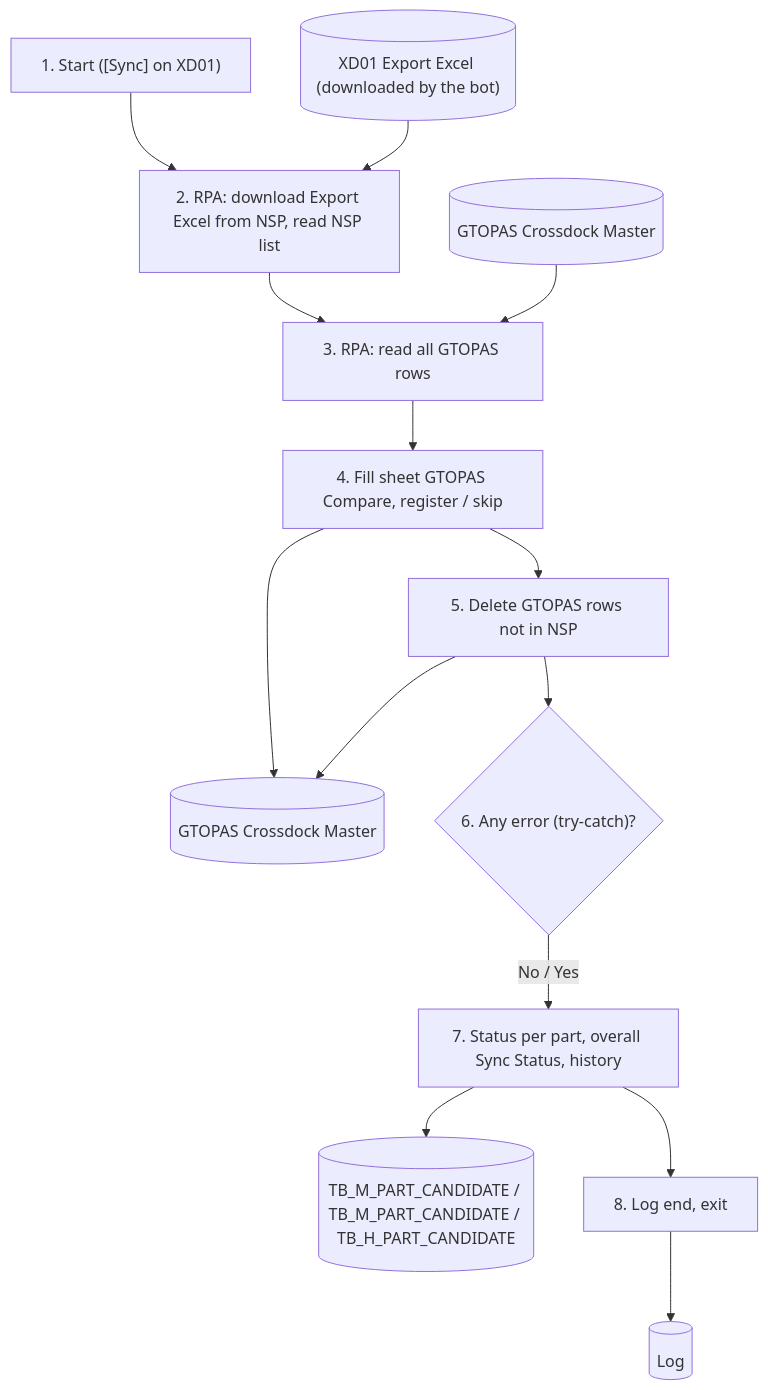
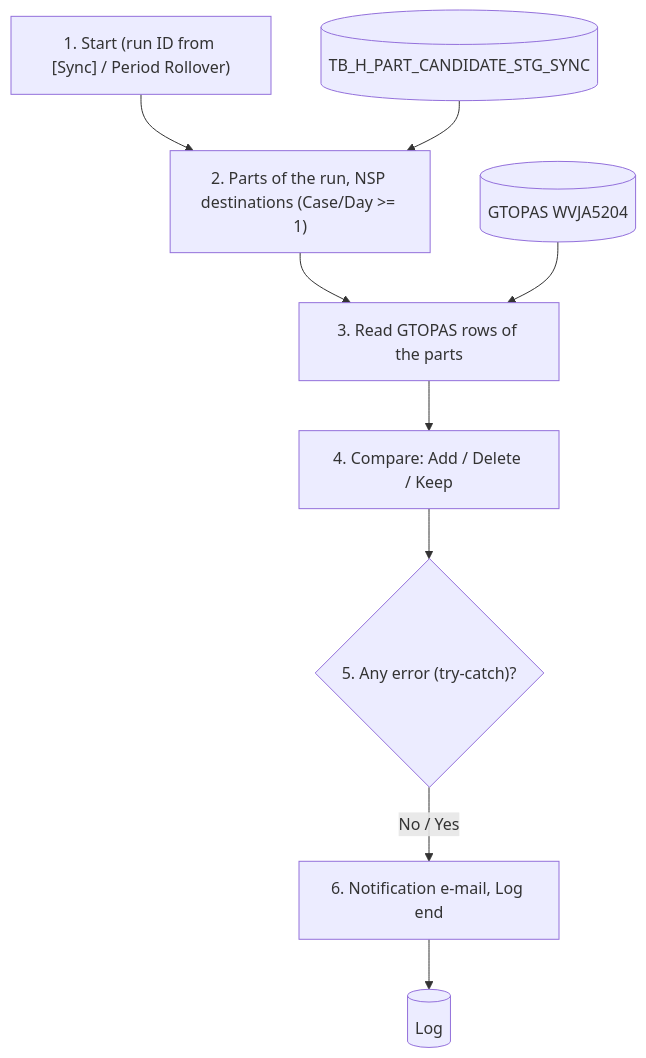
Before and after one commit to ivanrayhannn/crossdockpoc: the second of 2 diagrams in prepare_code/uiss/XD06_Batch_IFCrossDockMasterToGTOPAS.md, drawn with Mermaid. The commit also changed other lines of this file and 28 other files, not shown here.

First line of the commit message:
UISS XD01-XD03, XD05-XD07: sync with TB_H_PART_CANDIDATE_STG_SYNC (no sync column on the master, SEND_SEQ upload files, GTOPAS by status + period); ERD, DB Structure, UR summary and Function Summary

````diff
--- a/prepare_code/uiss/XD06_Batch_IFCrossDockMasterToGTOPAS.md
+++ b/prepare_code/uiss/XD06_Batch_IFCrossDockMasterToGTOPAS.md
@@ -105,29 +103,20 @@
 ```mermaid
 flowchart TB
-  p1["1. Start ([Sync] on XD01)"]
-  m[("XD01 Export Excel (downloaded by the bot)")]
-  p2["2. RPA: download Export Excel from NSP, read NSP list"]
-  gi[("GTOPAS Crossdock Master")]
-  p3["3. RPA: read all GTOPAS rows"]
-  p4["4. Fill sheet GTOPAS Compare, register / skip"]
-  p5["5. Delete GTOPAS rows not in NSP"]
-  go[("GTOPAS Crossdock Master")]
-  d{"6. Any error (try-catch)?"}
-  p7["7. Status per part, overall Sync Status, history"]
-  o[("TB_M_PART_CANDIDATE / TB_M_PART_CANDIDATE / TB_H_PART_CANDIDATE")]
-  p8["8. Log end, exit"]
+  p1["1. Start (run ID from [Sync] / Period Rollover)"]
+  src[("TB_H_PART_CANDIDATE_STG_SYNC")]
+  p2["2. Parts of the run, NSP destinations (Case/Day >= 1)"]
+  gi[("GTOPAS WVJA5204")]
+  p3["3. Read GTOPAS rows of the parts"]
+  p4["4. Compare: Add / Delete / Keep"]
+  d{"5. Any error (try-catch)?"}
+  p6["6. Notification e-mail, Log end"]
   log[("Log")]
   p1 --> p2
-  m --> p2
+  src --> p2
   p2 --> p3
   gi --> p3
   p3 --> p4
-  p4 --> p5
-  p4 --> go
-  p5 --> go
-  p5 --> d
-  d -->|No / Yes| p7
-  p7 --> o
-  p7 --> p8
-  p8 --> log
+  p4 --> d
+  d -->|No / Yes| p6
+  p6 --> log
 ```
````
